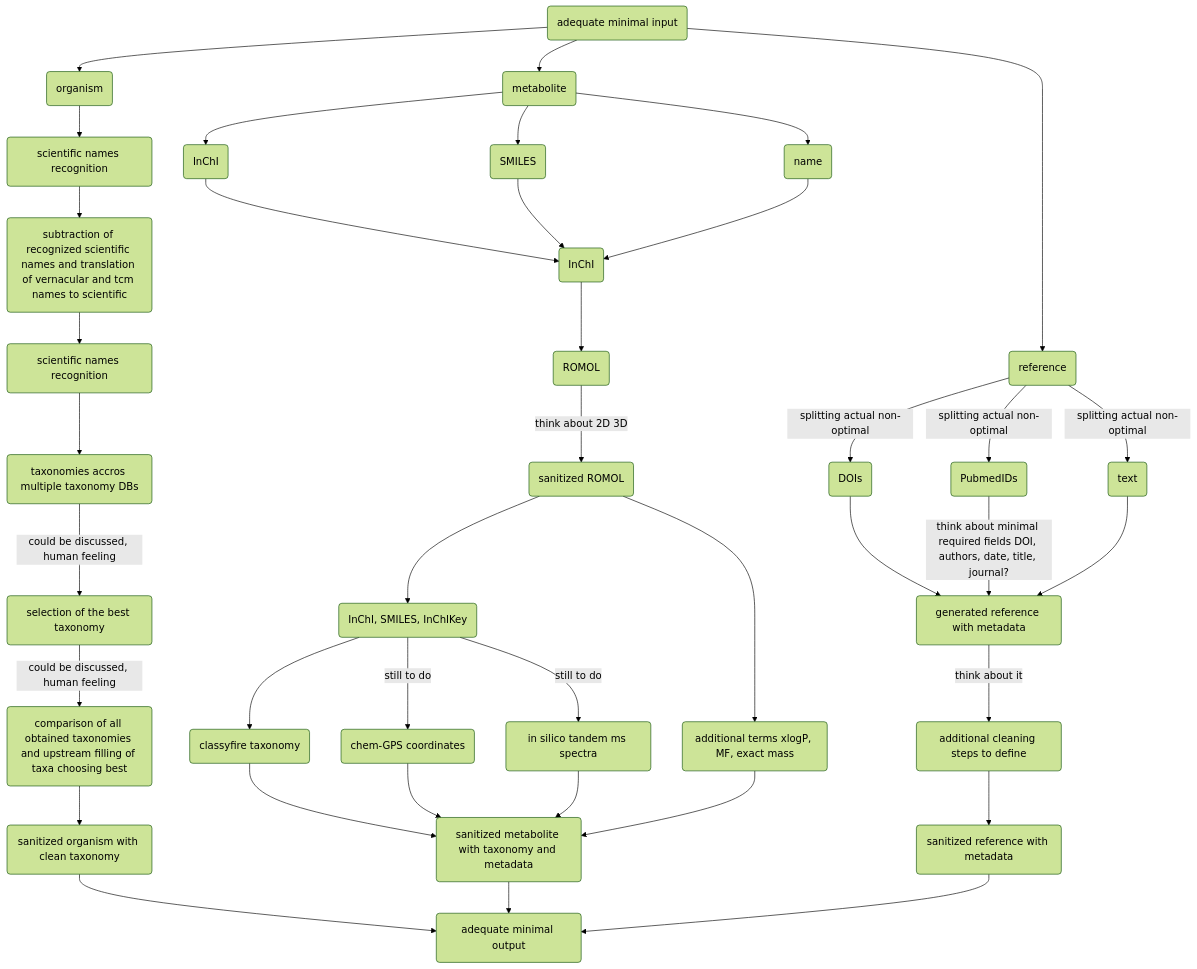
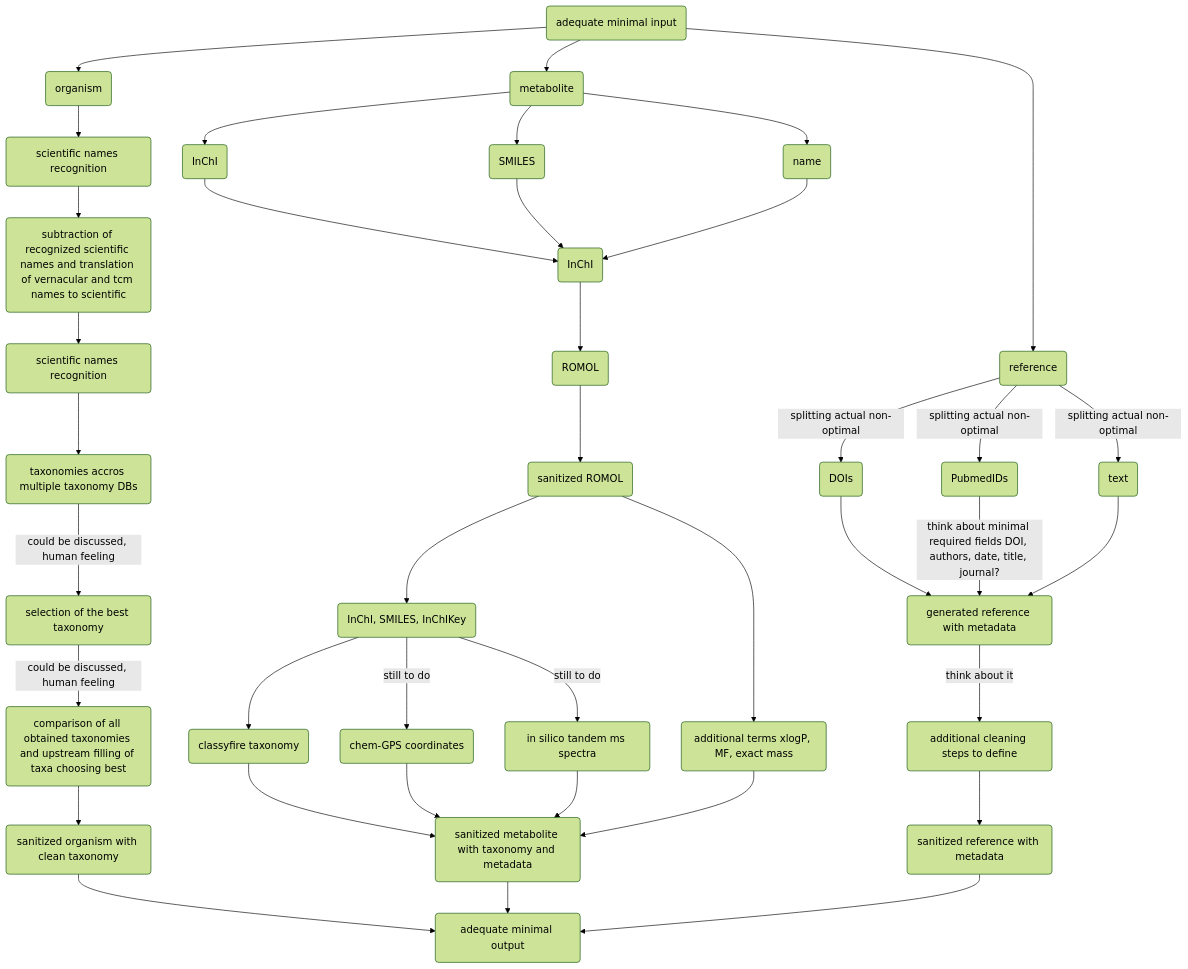
One commit to lotusnprod/lotus-processor changed the diagram in README.md. Above: the diagram before and after it, drawn with Mermaid (forest theme).

````diff
--- a/README.md
+++ b/README.md
@@ -10,53 +10,53 @@
 ```mermaid
 graph TD
 000(adequate minimal input) -->
   100(organism) --> 
     110(scientific names recognition) -->
       120(subtraction of recognized scientific names and translation of vernacular and tcm names to scientific) -->
         130(scientific names recognition) -->
             140(taxonomies accros multiple taxonomy DBs) -->
               |could be discussed, human feeling|150(selection of the best taxonomy) -->
                 |could be discussed, human feeling|160(comparison of all obtained taxonomies and upstream filling of taxa choosing best) -->
                   170(sanitized organism with clean taxonomy) -->
 999(adequate minimal output)
 
 000(adequate minimal input) --> 
   200(metabolite) --> 
     211(InChI) --> 
       220(InChI)
   200(metabolite) --> 
     212(SMILES) --> 
       220(InChI)
   200(metabolite) --> 
     213(name) --> 
       220(InChI) --> 
         230(ROMOL) --> 
-          |think about 2D 3D| 240(sanitized ROMOL) -->
+          240(sanitized ROMOL) -->
             251(InChI, SMILES, InChIKey) -->
               261(classyfire taxonomy)-->
                 270(sanitized metabolite with taxonomy and metadata)
             251(InChI, SMILES, InChIKey) -->
               |still to do| 262(chem-GPS coordinates)-->
                 270(sanitized metabolite with taxonomy and metadata)
             251(InChI, SMILES, InChIKey) -->
               |still to do| 263(in silico tandem ms spectra)-->
                 270(sanitized metabolite with taxonomy and metadata)
           240(sanitized ROMOL) -->
             252(additional terms xlogP, MF, exact mass) -->
                 270(sanitized metabolite with taxonomy and metadata) -->
 999(adequate minimal output)
 
 000(adequate minimal input) --> 
   300(reference) -->
     |splitting actual non-optimal| 311(DOIs) -->
       320(generated reference with metadata)
   300(reference) -->
     |splitting actual non-optimal| 312(PubmedIDs )-->
       |think about minimal required fields DOI, authors, date, title, journal?| 320
   300(reference) -->
     |splitting actual non-optimal| 313(text) -->
       320 -->
         |think about it|330(additional cleaning steps to define) -->
           340(sanitized reference with metadata) -->
 999(adequate minimal output)
 ```
````
